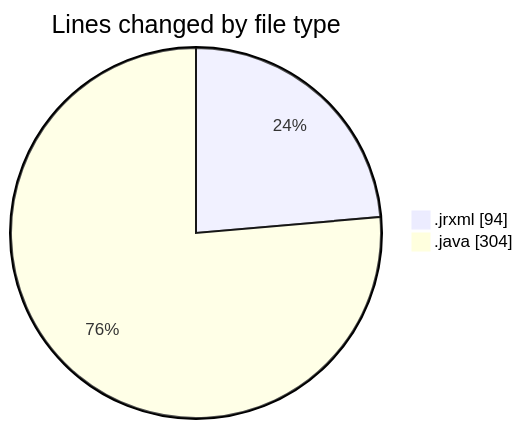
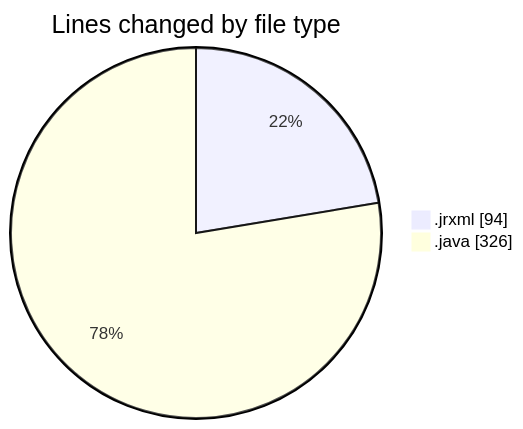
Before and after one commit to ricardozamudiocil/code-tracking: the first of 2 diagrams in 2026-11-19/cilreports__workspace_/README.md, drawn with Mermaid. The commit also changed other lines of this file and 1 other file, not shown here.

````diff
--- a/2026-11-19/cilreports__workspace_/README.md
+++ b/2026-11-19/cilreports__workspace_/README.md
@@ -21,6 +21,6 @@
 ```mermaid
 pie showData
 title Lines changed by file type
 ".jrxml" : 94
-".java" : 304
+".java" : 326
 ```
````
